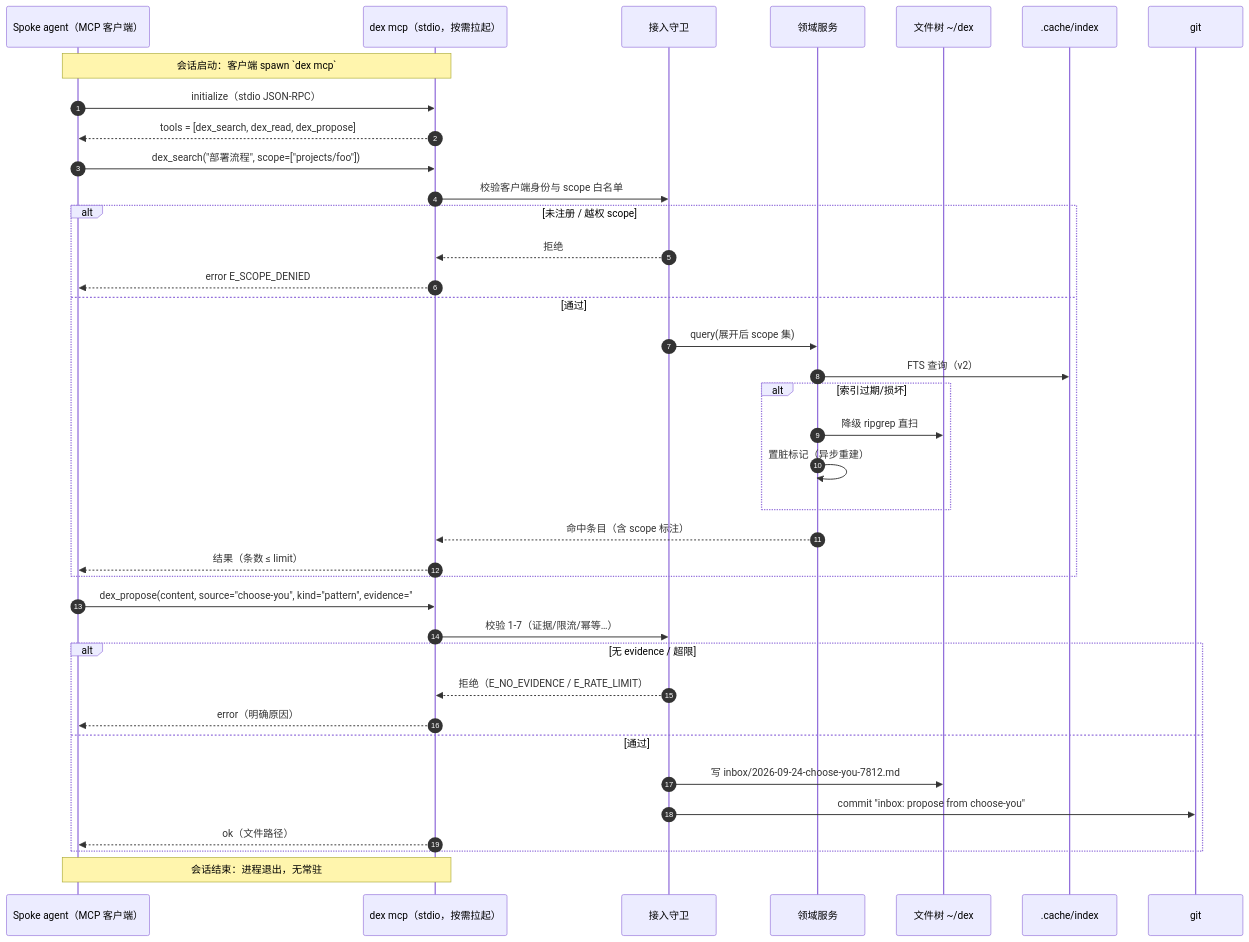
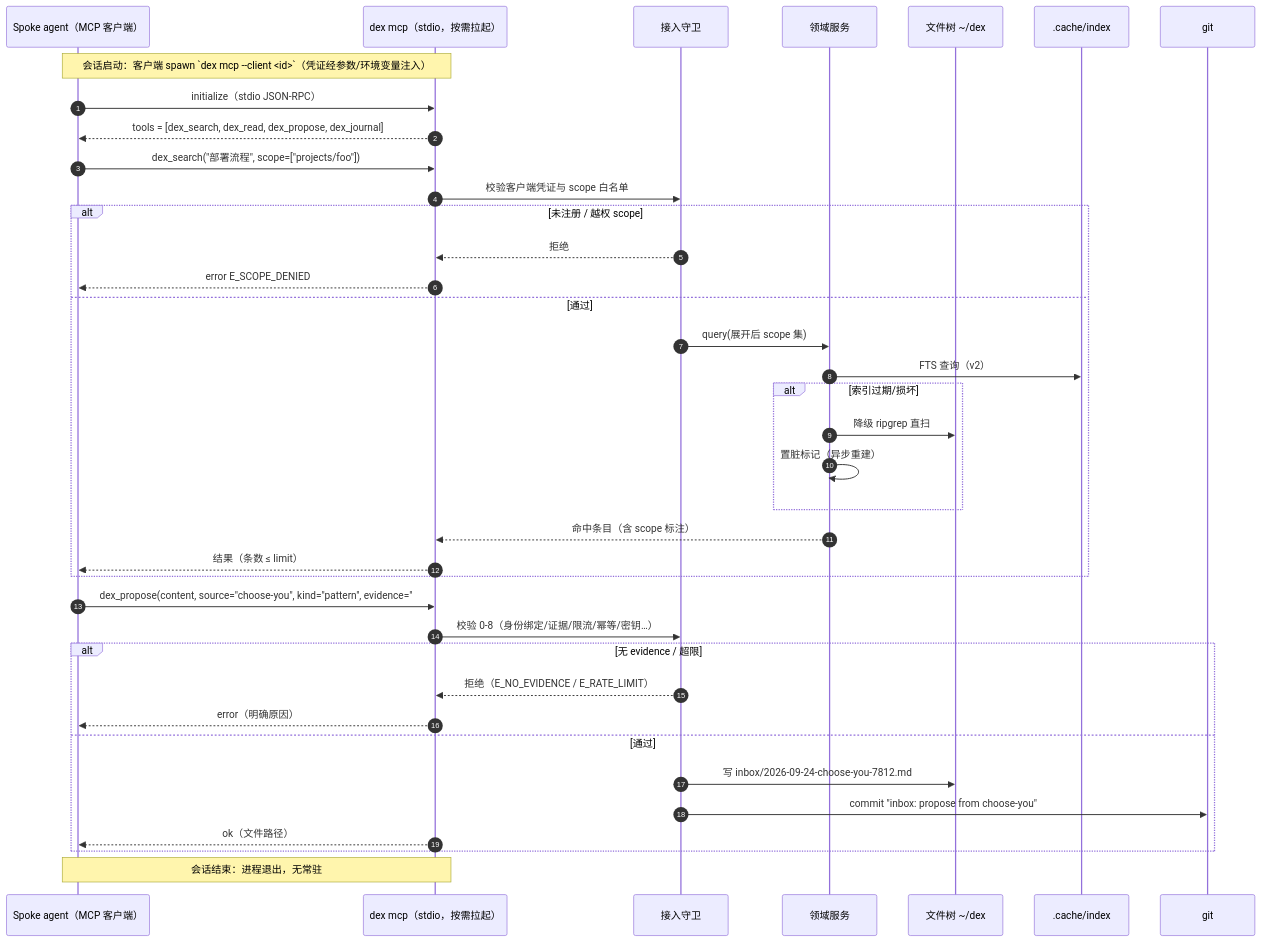
One commit to Jo0OCTsai/pokemon-remember-you changed the seventh of 15 diagrams in docs/DESIGN.md. Above: the diagram before and after it, drawn with Mermaid. The commit also changed other lines of this file and 5 other files, not shown here.

````diff
--- a/docs/DESIGN.md
+++ b/docs/DESIGN.md
@@ -595,44 +620,44 @@
 ```mermaid
 sequenceDiagram
     autonumber
     participant AG as Spoke agent（MCP 客户端）
     participant SRV as dex mcp（stdio，按需拉起）
     participant GD as 接入守卫
     participant DM as 领域服务
     participant FS as 文件树 ~/dex
     participant CA as .cache/index
     participant GT as git
 
-    Note over AG,SRV: 会话启动：客户端 spawn `dex mcp`
+    Note over AG,SRV: 会话启动：客户端 spawn `dex mcp --client <id>`（凭证经参数/环境变量注入）
     AG->>SRV: initialize（stdio JSON-RPC）
-    SRV-->>AG: tools = [dex_search, dex_read, dex_propose]
+    SRV-->>AG: tools = [dex_search, dex_read, dex_propose, dex_journal]
 
     AG->>SRV: dex_search("部署流程", scope=["projects/foo"])
-    SRV->>GD: 校验客户端身份与 scope 白名单
+    SRV->>GD: 校验客户端凭证与 scope 白名单
     alt 未注册 / 越权 scope
         GD-->>SRV: 拒绝
         SRV-->>AG: error E_SCOPE_DENIED
     else 通过
         GD->>DM: query(展开后 scope 集)
         DM->>CA: FTS 查询（v2）
         alt 索引过期/损坏
             DM->>FS: 降级 ripgrep 直扫
             DM->>DM: 置脏标记（异步重建）
         end
         DM-->>SRV: 命中条目（含 scope 标注）
         SRV-->>AG: 结果（条数 ≤ limit）
     end
 
     AG->>SRV: dex_propose(content, source="choose-you", kind="pattern", evidence="#1234…")
-    SRV->>GD: 校验 1-7（证据/限流/幂等…）
+    SRV->>GD: 校验 0-8（身份绑定/证据/限流/幂等/密钥…）
     alt 无 evidence / 超限
         GD-->>SRV: 拒绝（E_NO_EVIDENCE / E_RATE_LIMIT）
         SRV-->>AG: error（明确原因）
     else 通过
         GD->>FS: 写 inbox/2026-09-24-choose-you-7812.md
         GD->>GT: commit "inbox: propose from choose-you"
         SRV-->>AG: ok（文件路径）
     end
 
     Note over AG,SRV: 会话结束：进程退出，无常驻
 ```
````
